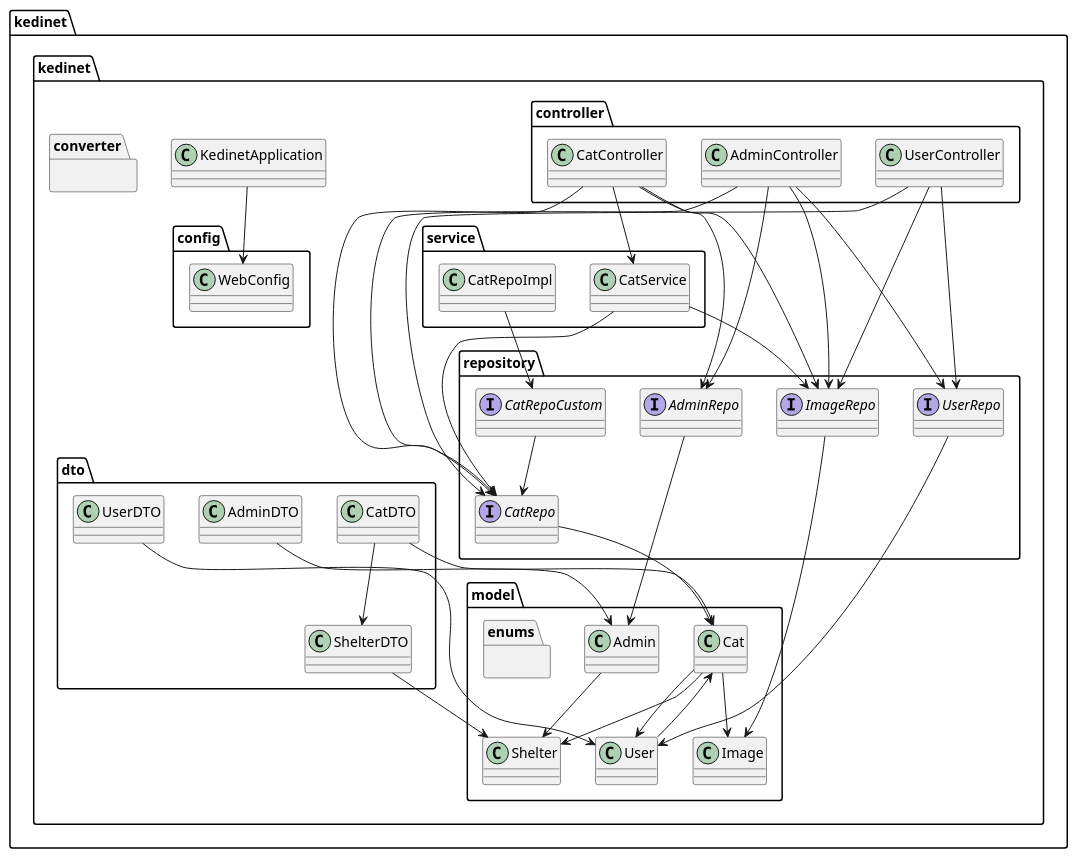
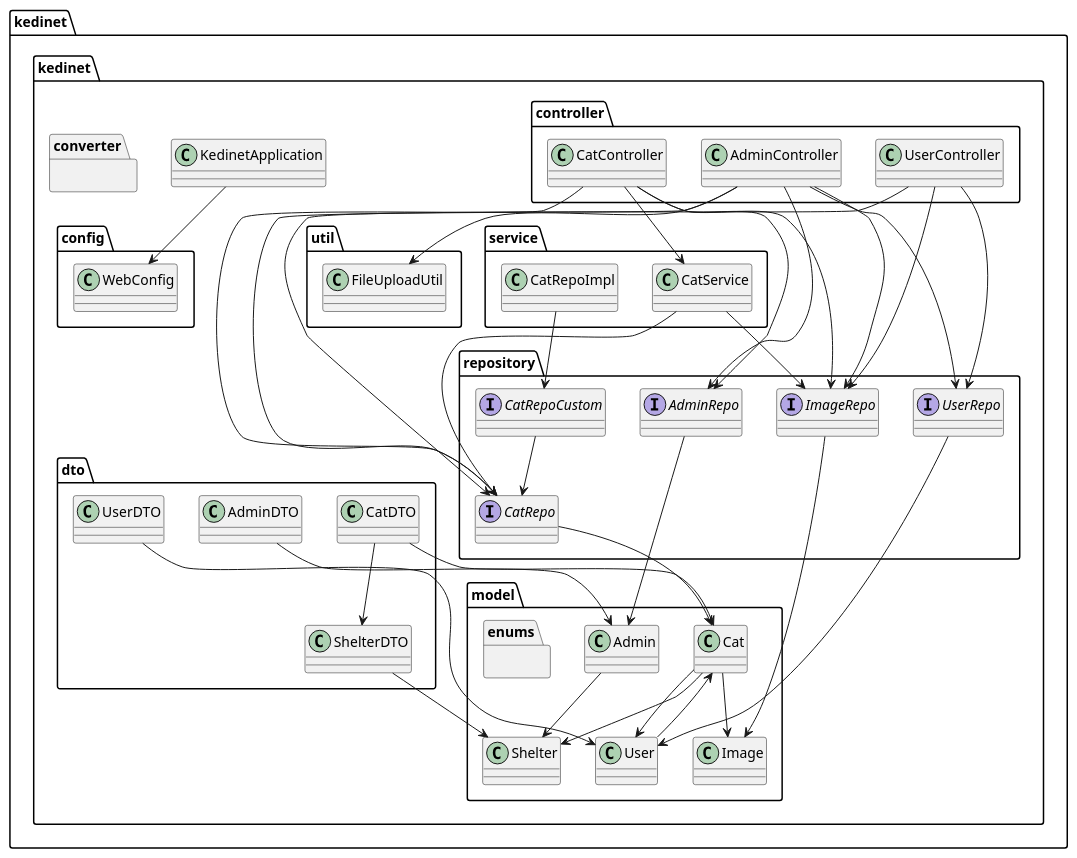
Before and after one commit to lenalarissa/kedinet: the diagram in diagrams/MoreCoarseGrainedClassDiagram.puml, drawn with PlantUML. The commit also changed 2 other files, not shown here.

Commit message:
diagramns added

```diff
--- a/diagrams/MoreCoarseGrainedClassDiagram.puml
+++ b/diagrams/MoreCoarseGrainedClassDiagram.puml
@@ -1,88 +1,93 @@
 @startuml
 package kedinet.kedinet {
     class KedinetApplication
 }
 
 package kedinet.kedinet.config {
     class WebConfig
 }
 
 package kedinet.kedinet.controller {
     class AdminController
     class CatController
     class UserController
 }
 
 package kedinet.kedinet.converter {
 }
 
 package kedinet.kedinet.dto {
     class AdminDTO
     class CatDTO
     class ShelterDTO
     class UserDTO
 }
 
 package kedinet.kedinet.model {
     class Admin
     class Cat
     class Image
     class Shelter
     class User
 }
 
 package kedinet.kedinet.model.enums {
 }
 
 package kedinet.kedinet.repository {
     interface AdminRepo
     interface CatRepo
     interface CatRepoCustom
     interface ImageRepo
     interface UserRepo
 }
 
 package kedinet.kedinet.service {
     class CatRepoImpl
     class CatService
 }
 
+package kedinet.kedinet.util {
+    class FileUploadUtil
+}
+
 KedinetApplication --> WebConfig
 
 AdminController --> AdminRepo
 AdminController --> CatRepo
 AdminController --> ImageRepo
 AdminController --> UserRepo
+AdminController --> FileUploadUtil
 
 CatController --> CatService
 CatController --> CatRepo
 CatController --> ImageRepo
 CatController --> AdminRepo
 
 UserController --> UserRepo
 UserController --> CatRepo
 UserController --> ImageRepo
 
 CatService --> CatRepo
 CatService --> ImageRepo
 
 Admin --> Shelter
 Cat --> Shelter
 Cat --> Image
 Cat --> User
 User --> Cat
 
 AdminRepo --> Admin
 CatRepo --> Cat
 CatRepoCustom --> CatRepo
 ImageRepo --> Image
 UserRepo --> User
 CatRepoImpl --> CatRepoCustom
 
 AdminDTO --> Admin
 CatDTO --> Cat
 CatDTO --> ShelterDTO
 ShelterDTO --> Shelter
 UserDTO --> User
 
 @enduml
```
